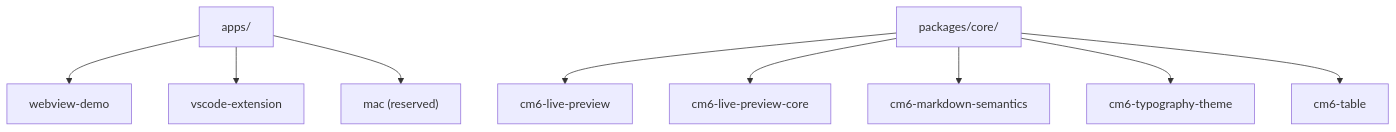
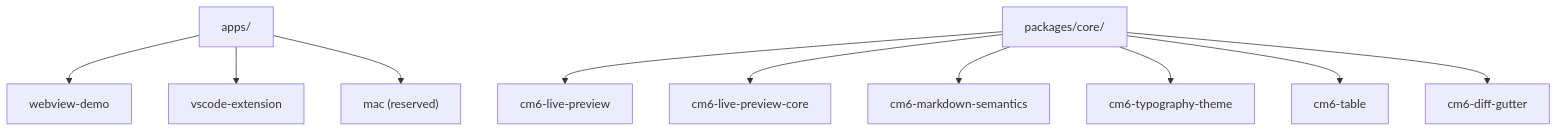
Before and after one commit to yuya296/MarkBloom: the first of 3 diagrams in docs/architecture/overview.md, drawn with Mermaid. The commit also changed other lines of this file and 21 other files, not shown here.

````diff
--- a/docs/architecture/overview.md
+++ b/docs/architecture/overview.md
@@ -17,12 +18,13 @@
 ```mermaid
 graph TD
   apps["apps/"] --> webviewDemo["webview-demo"]
   apps --> vscodeExtension["vscode-extension"]
   apps --> macReserved["mac (reserved)"]
 
   core["packages/core/"] --> livePreview["cm6-live-preview"]
   core --> livePreviewCore["cm6-live-preview-core"]
   core --> markdownSemantics["cm6-markdown-semantics"]
   core --> typographyTheme["cm6-typography-theme"]
   core --> cm6Table["cm6-table"]
+  core --> cm6DiffGutter["cm6-diff-gutter"]
 ```
````
